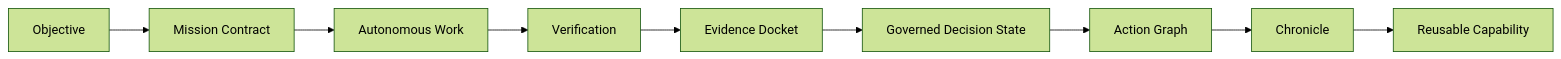
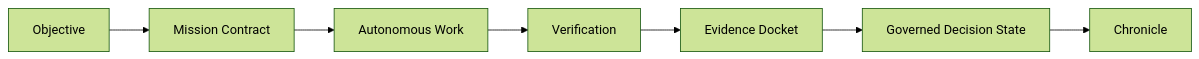
One commit to MontrealAI/goalos-agialpha-sovereign-machine-economy changed the diagram in docs/ARCHITECTURE.md. Above: the diagram before and after it, drawn with Mermaid (forest theme). The commit also changed other lines of this file and 77 other files, not shown here.

````diff
--- a/docs/ARCHITECTURE.md
+++ b/docs/ARCHITECTURE.md
@@ -3,11 +3,4 @@
 ```mermaid
 flowchart LR
-  Objective --> MissionContract[Mission Contract]
-  MissionContract --> AutonomousWork[Autonomous Work]
-  AutonomousWork --> Verification
-  Verification --> EvidenceDocket[Evidence Docket]
-  EvidenceDocket --> GDS[Governed Decision State]
-  GDS --> ActionGraph[Action Graph]
-  ActionGraph --> Chronicle
-  Chronicle --> Capability[Reusable Capability]
+  Objective --> Mission[Mission Contract] --> Work[Autonomous Work] --> Verify[Verification] --> Docket[Evidence Docket] --> State[Governed Decision State] --> Chronicle[Chronicle]
 ```
````
